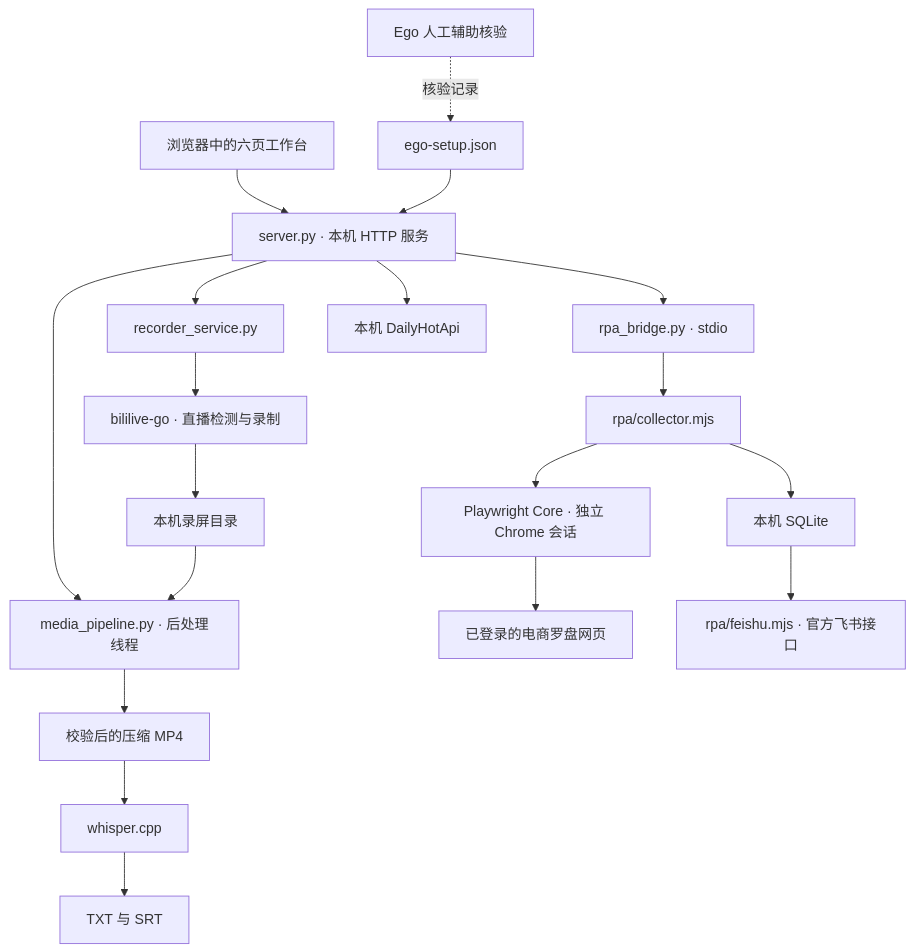
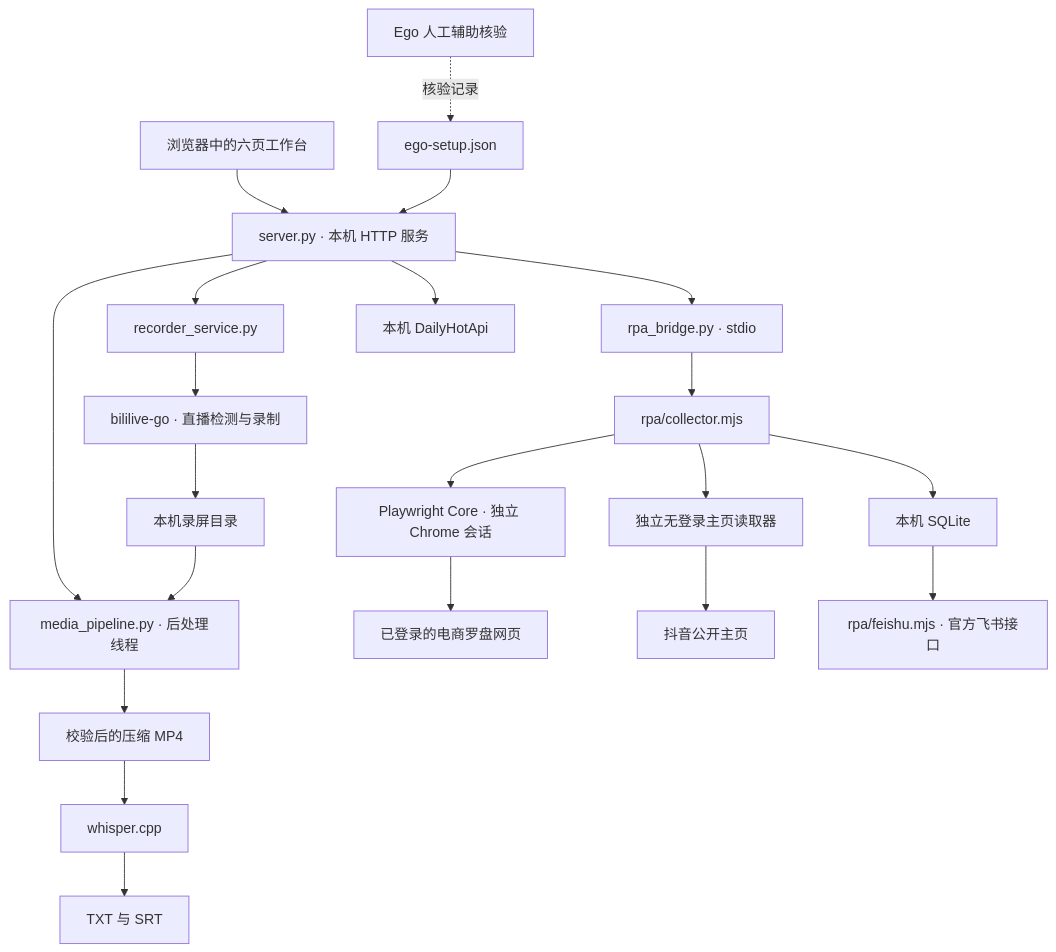
Before and after one commit to abc1998980307-png/liveops-workbench: the diagram in docs/ARCHITECTURE.md, drawn with Mermaid. The commit also changed other lines of this file and 14 other files, not shown here.

````diff
--- a/docs/ARCHITECTURE.md
+++ b/docs/ARCHITECTURE.md
@@ -7,21 +7,23 @@
 ```mermaid
 flowchart TD
     UI[浏览器中的六页工作台] --> HTTP[server.py · 本机 HTTP 服务]
     HTTP --> Recorder[recorder_service.py]
     Recorder --> BGO[bililive-go · 直播检测与录制]
     BGO --> Video[本机录屏目录]
     HTTP --> Media[media_pipeline.py · 后处理线程]
     Video --> Media
     Media --> MP4[校验后的压缩 MP4]
     MP4 --> Whisper[whisper.cpp]
     Whisper --> Text[TXT 与 SRT]
     HTTP --> Bridge[rpa_bridge.py · stdio]
     Bridge --> Collector[rpa/collector.mjs]
     Collector --> Chrome[Playwright Core · 独立 Chrome 会话]
     Chrome --> Compass[已登录的电商罗盘网页]
+    Collector --> ProfileReader[独立无登录主页读取器]
+    ProfileReader --> Douyin[抖音公开主页]
     Collector --> Store[本机 SQLite]
     Store --> Feishu[rpa/feishu.mjs · 官方飞书接口]
     HTTP --> Hot[本机 DailyHotApi]
     Ego[Ego 人工辅助核验] -. 核验记录 .-> Record[ego-setup.json]
     Record --> HTTP
 ```
````
